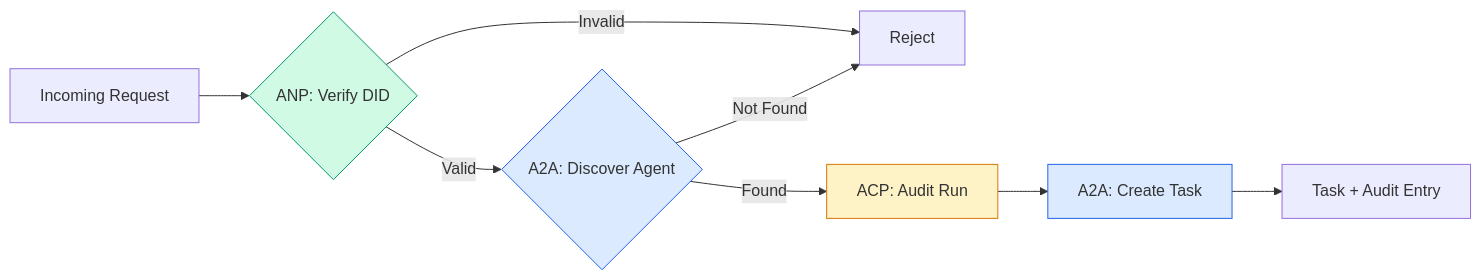
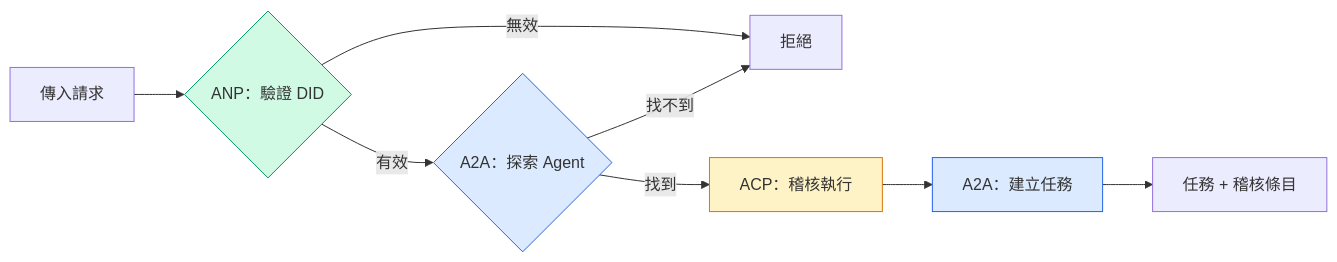
One commit to edward821220/ai-engineering-from-scratch changed diagram 12 of 13 in i18n/zh-TW/phases/16-multi-agent-and-swarms/03-communication-protocols/docs/zh-TW.md. Above: the diagram before and after it, drawn with Mermaid. The commit also changed other lines of this file and 43 other files, not shown here.

````diff
--- a/i18n/zh-TW/phases/16-multi-agent-and-swarms/03-communication-protocols/docs/zh-TW.md
+++ b/i18n/zh-TW/phases/16-multi-agent-and-swarms/03-communication-protocols/docs/zh-TW.md
@@ -1090,15 +1090,15 @@
 ```mermaid
 graph LR
-    REQ[Incoming Request] --> ANP_V{ANP: Verify DID}
-    ANP_V -->|Valid| A2A_D{A2A: Discover Agent}
-    ANP_V -->|Invalid| REJECT[Reject]
-    A2A_D -->|Found| ACP_A[ACP: Audit Run]
-    A2A_D -->|Not Found| REJECT
-    ACP_A --> A2A_T[A2A: Create Task]
-    A2A_T --> RESULT[Task + Audit Entry]
+    REQ[傳入請求] --> ANP_V{ANP：驗證 DID}
+    ANP_V -->|有效| A2A_D{A2A：探索 Agent}
+    ANP_V -->|無效| REJECT[拒絕]
+    A2A_D -->|找到| ACP_A[ACP：稽核執行]
+    A2A_D -->|找不到| REJECT
+    ACP_A --> A2A_T[A2A：建立任務]
+    A2A_T --> RESULT[任務 + 稽核條目]
 
     style ANP_V fill:#d1fae5,stroke:#059669
     style A2A_D fill:#dbeafe,stroke:#2563eb
     style ACP_A fill:#fef3c7,stroke:#d97706
     style A2A_T fill:#dbeafe,stroke:#2563eb
 ```
````
